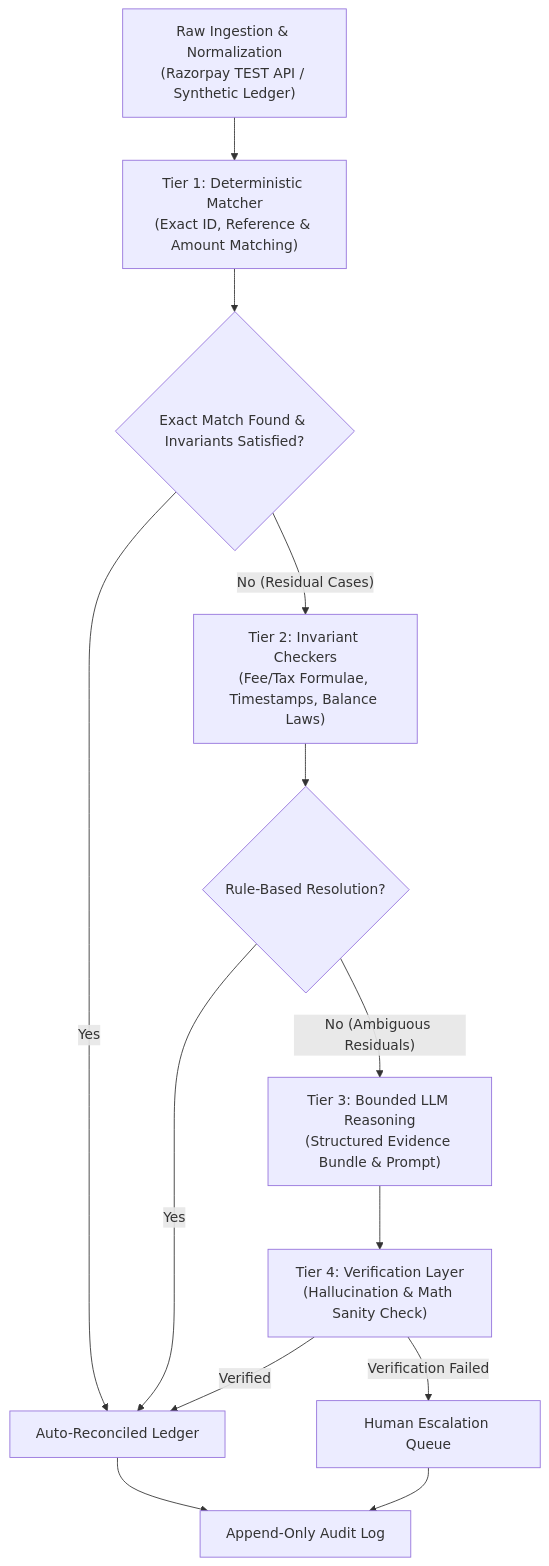
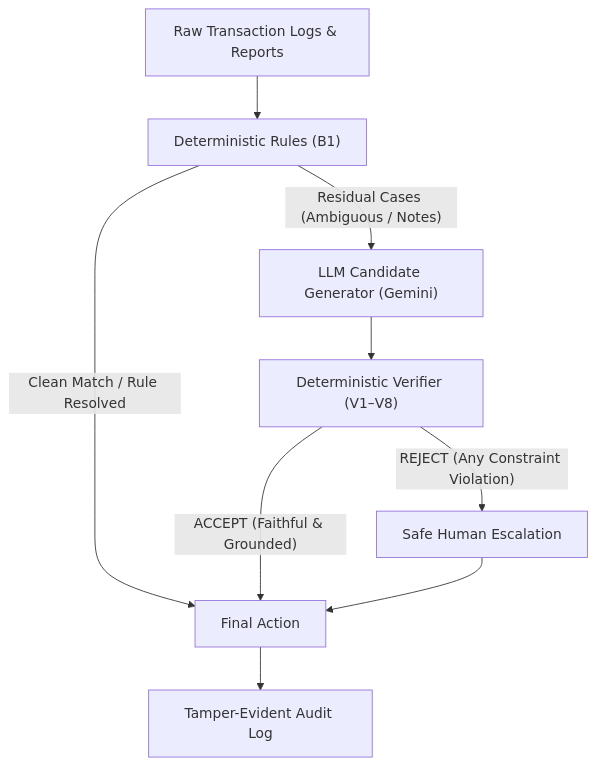
One commit to ROSRAR20/recon-agent changed the diagram in README.md. Above: the diagram before and after it, drawn with Mermaid. The commit also changed other lines of this file and 16 other files, not shown here.

````diff
--- a/README.md
+++ b/README.md
@@ -40,15 +23,11 @@
 ```mermaid
 flowchart TD
-    A["Raw Ingestion & Normalization<br/>(Razorpay TEST API / Synthetic Ledger)"] --> B["Tier 1: Deterministic Matcher<br/>(Exact ID, Reference & Amount Matching)"]
-    B --> C{"Exact Match Found & Invariants Satisfied?"}
-    C -- Yes --> D["Auto-Reconciled Ledger"]
-    C -- No (Residual Cases) --> E["Tier 2: Invariant Checkers<br/>(Fee/Tax Formulae, Timestamps, Balance Laws)"]
-    E --> F{"Rule-Based Resolution?"}
-    F -- Yes --> D
-    F -- No (Ambiguous Residuals) --> G["Tier 3: Bounded LLM Reasoning<br/>(Structured Evidence Bundle & Prompt)"]
-    G --> H["Tier 4: Verification Layer<br/>(Hallucination & Math Sanity Check)"]
-    H -- Verified --> D
-    H -- Verification Failed --> I["Human Escalation Queue"]
-    D --> J["Append-Only Audit Log"]
-    I --> J
+    A["Raw Transaction Logs & Reports"] --> B["Deterministic Rules (B1)"]
+    B -->|"Clean Match / Rule Resolved"| G["Final Action"]
+    B -->|"Residual Cases (Ambiguous / Notes)"| C["LLM Candidate Generator (Gemini)"]
+    C --> D["Deterministic Verifier (V1–V8)"]
+    D -->|"ACCEPT (Faithful & Grounded)"| G
+    D -->|"REJECT (Any Constraint Violation)"| E["Safe Human Escalation"]
+    E --> G
+    G --> F["Tamper-Evident Audit Log"]
 ```
````
